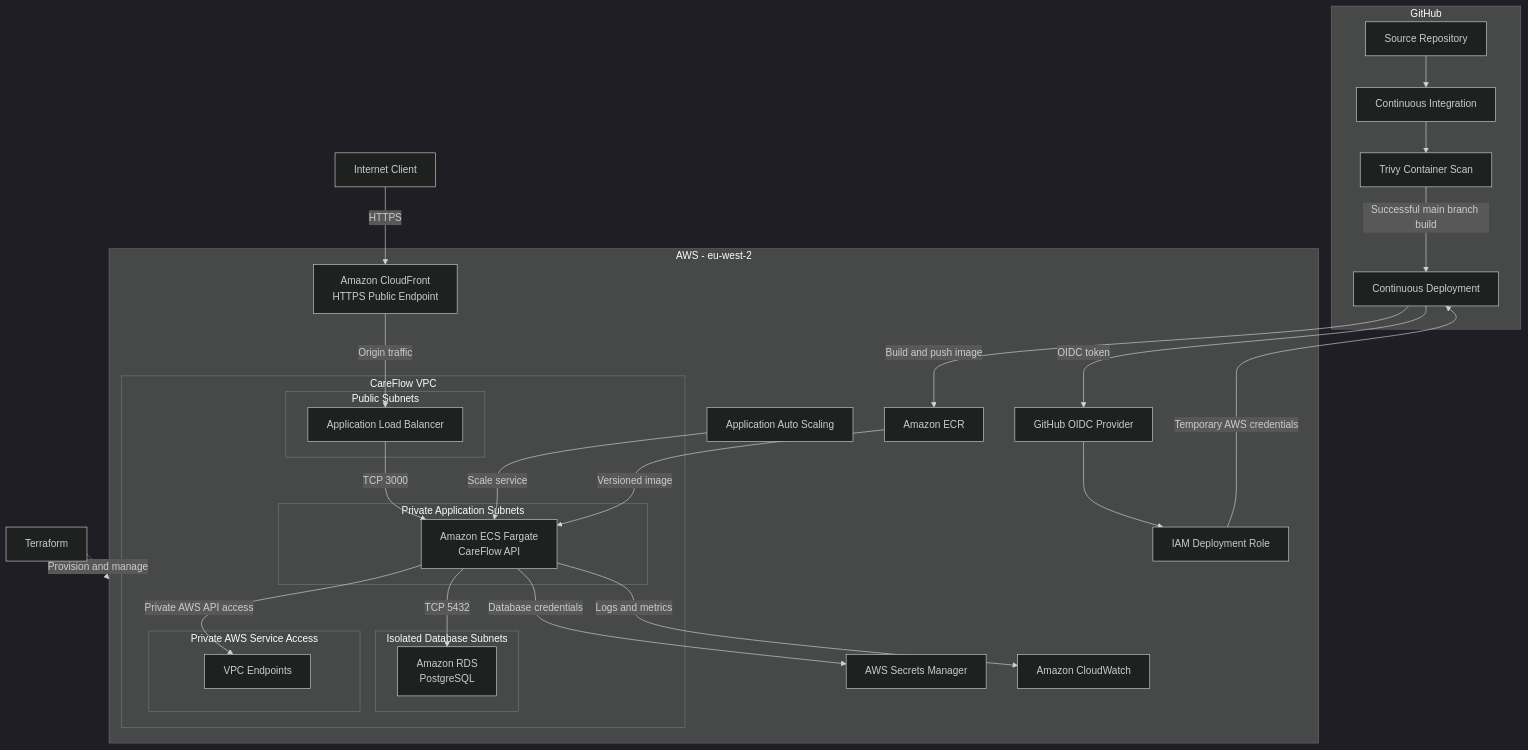
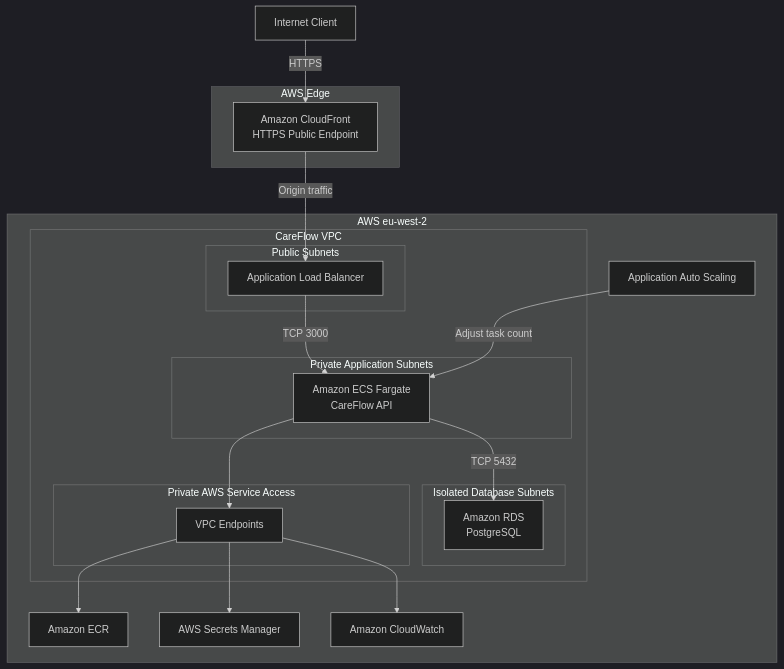
Before and after one commit to MustafaMuk/secure-healthcare-ecs-platform: the first of 2 diagrams in docs/architecture.md, drawn with Mermaid (dark theme). The commit also changed other lines of this file, not shown here.

Commit message:
Improve CareFlow architecture diagrams

```diff
--- a/docs/architecture.md
+++ b/docs/architecture.md
@@ -9,68 +11,50 @@
 ~~~mermaid
 flowchart TB
 
     USER[Internet Client]
-    TF[Terraform]
 
-    subgraph GITHUB["GitHub"]
-        REPO[Source Repository]
-        CI[Continuous Integration]
-        SCAN[Trivy Container Scan]
-        CD[Continuous Deployment]
-
-        REPO --> CI
-        CI --> SCAN
-        SCAN -->|Successful main branch build| CD
+    subgraph EDGE["AWS Edge"]
+        CF[Amazon CloudFront<br/>HTTPS Public Endpoint]
     end
 
-    subgraph AWS["AWS - eu-west-2"]
-
-        OIDC[GitHub OIDC Provider]
-        IAM[IAM Deployment Role]
-        ECR[Amazon ECR]
-
-        CF[Amazon CloudFront<br/>HTTPS Public Endpoint]
+    subgraph REGION["AWS eu-west-2"]
 
         subgraph VPC["CareFlow VPC"]
 
             subgraph PUBLIC["Public Subnets"]
                 ALB[Application Load Balancer]
             end
 
-            subgraph APP["Private Application Subnets"]
+            subgraph APPLICATION["Private Application Subnets"]
                 ECS[Amazon ECS Fargate<br/>CareFlow API]
             end
 
             subgraph DATABASE["Isolated Database Subnets"]
                 RDS[Amazon RDS<br/>PostgreSQL]
             end
 
-            subgraph PRIVATE_ACCESS["Private AWS Service Access"]
+            subgraph PRIVATE["Private AWS Service Access"]
                 VPCE[VPC Endpoints]
             end
+
         end
 
+        ECR[Amazon ECR]
         SECRETS[AWS Secrets Manager]
         CW[Amazon CloudWatch]
         SCALE[Application Auto Scaling]
+
     end
 
     USER -->|HTTPS| CF
     CF -->|Origin traffic| ALB
     ALB -->|TCP 3000| ECS
     ECS -->|TCP 5432| RDS
 
-    ECS -->|Database credentials| SECRETS
-    ECS -->|Private AWS API access| VPCE
-    ECS -->|Logs and metrics| CW
-    SCALE -->|Scale service| ECS
+    ECS --> VPCE
+    VPCE --> ECR
+    VPCE --> SECRETS
+    VPCE --> CW
 
-    CD -->|OIDC token| OIDC
-    OIDC --> IAM
-    IAM -->|Temporary AWS credentials| CD
-
-    CD -->|Build and push image| ECR
-    ECR -->|Versioned image| ECS
-
-    TF -.->|Provision and manage| AWS
+    SCALE -->|Adjust task count| ECS
 ~~~
```
